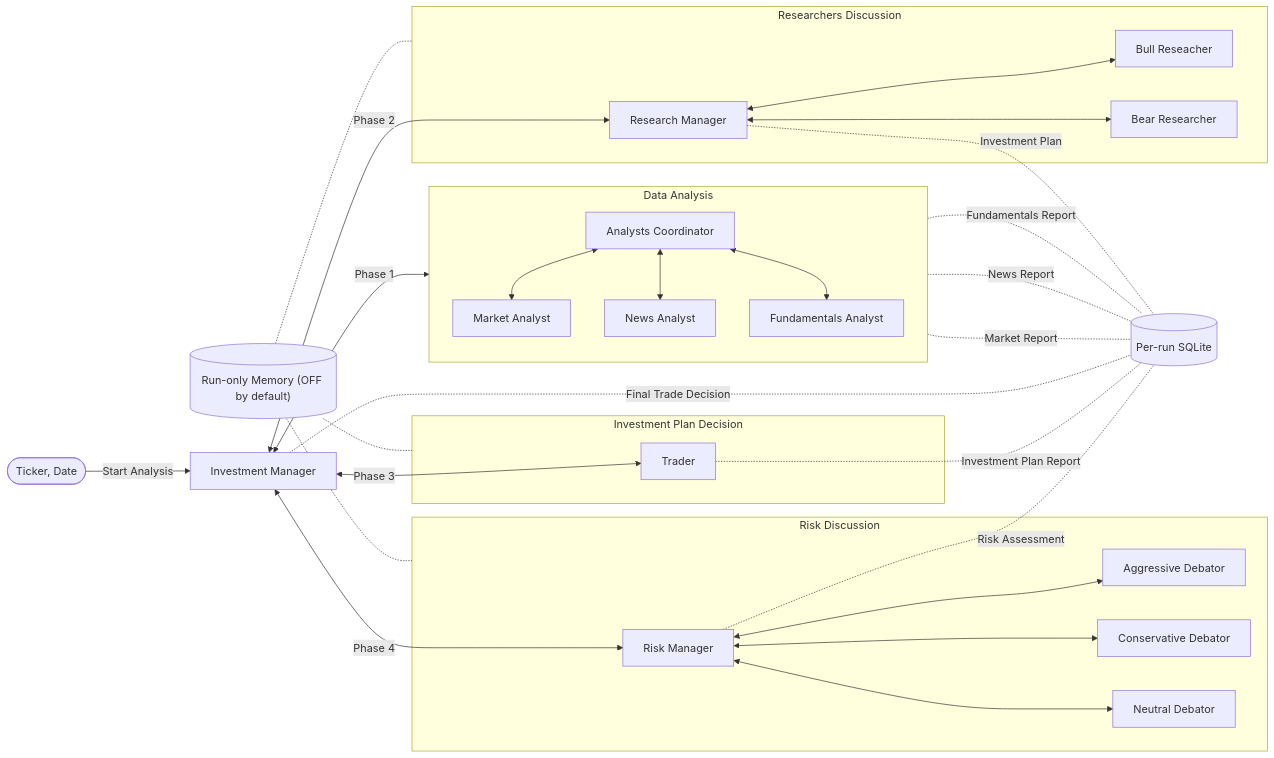
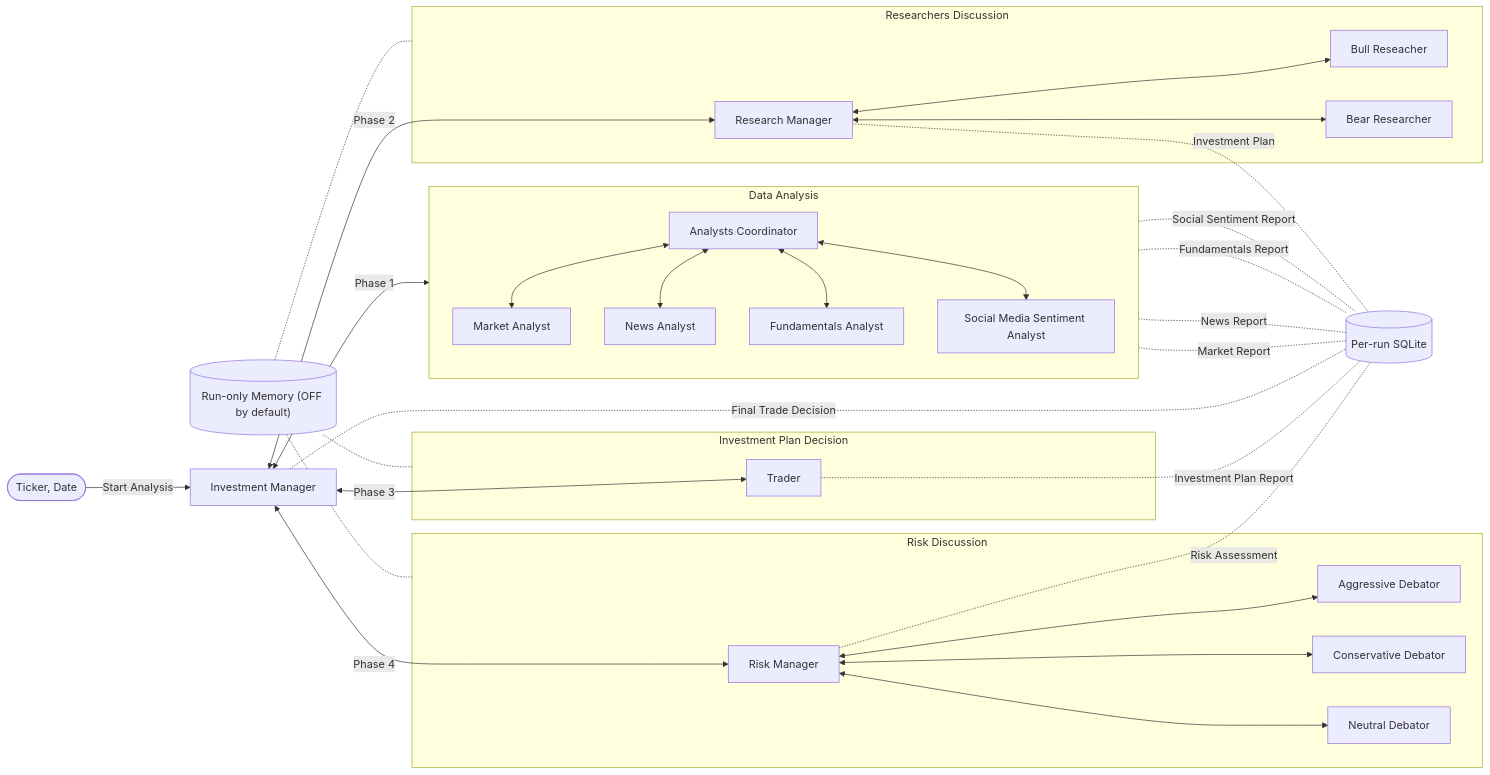
The diagram in README.md (renandcl/InvestmentAgents), drawn with Mermaid before and after one commit. The commit also changed other lines of this file and 37 other files, not shown here.

First line of the commit message:
feat(analysts): add social sentiment and separate news sources

````diff
--- a/README.md
+++ b/README.md
@@ -15,43 +15,45 @@
 ```mermaid
 flowchart LR
  subgraph subGraph0["Data Analysis"]
     direction TB
         AC["Analysts Coordinator"]
         MA["Market Analyst"]
         NA["News Analyst"]
         FA["Fundamentals Analyst"]
+        SMA["Social Media Sentiment Analyst"]
   end
  subgraph subGraph1["Researchers Discussion"]
         BR["Bull Reseacher"]
         BER["Bear Researcher"]
         RM["Research Manager"]
   end
  subgraph subGraph2["Investment Plan Decision"]
         TR["Trader"]
   end
  subgraph subGraph3["Risk Discussion"]
         AD["Aggressive Debator"]
         CD["Conservative Debator"]
         ND["Neutral Debator"]
         RMG["Risk Manager"]
   end
     Init(["Ticker, Date"]) -- Start Analysis --> IM["Investment Manager"]
     IM <-- Phase 1 --> AC
-    AC <--> MA & NA & FA
+    AC <--> MA & NA & FA & SMA
     IM <-- Phase 2 --> RM
     RM <--> BR & BER
     IM <-- Phase 3 --> TR
     IM <-- Phase 4 --> RMG
     RMG <--> AD & CD & ND
     MA -. Market Report .- State["Per-run SQLite"]
     NA -. News Report .- State
     FA -. Fundamentals Report .- State
+    SMA -. Social Sentiment Report .- State
     RM -. Investment Plan .- State
     TR -. Investment Plan Report .- State
     RMG -. Risk Assessment .- State
     IM -. Final Trade Decision .- State
     State@{ shape: db}
     Memory["Run-only Memory (OFF by default)"]
     Memory@{ shape: db}
     Memory -.- subGraph1 & subGraph2 & subGraph3
 ```
````
